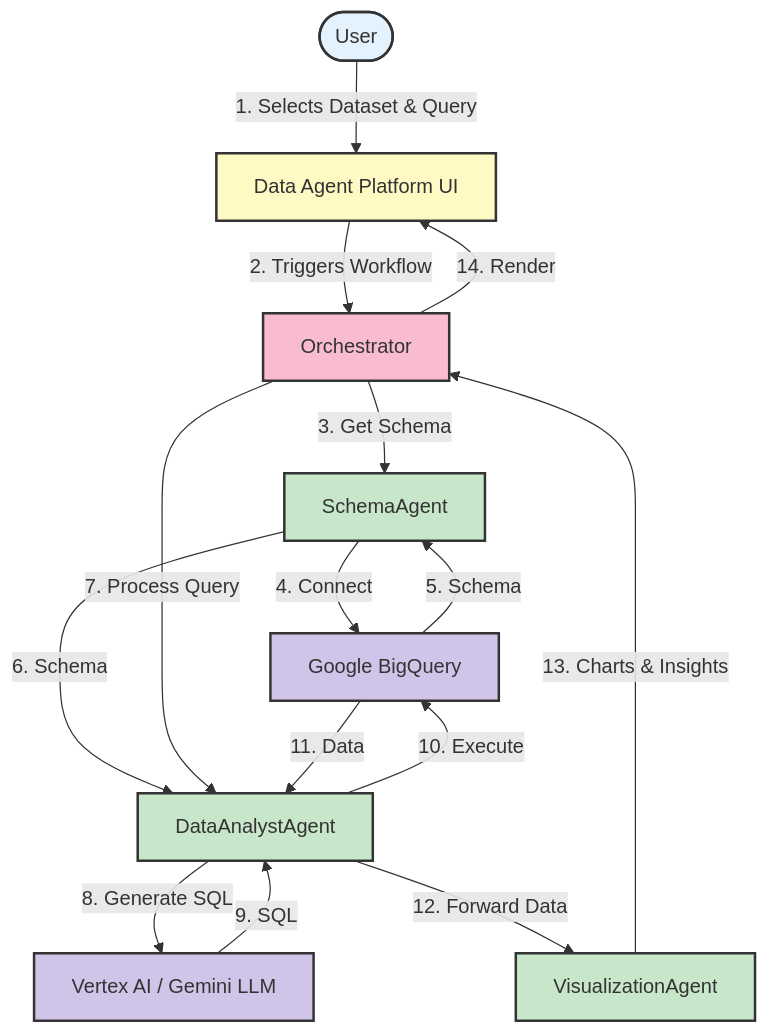
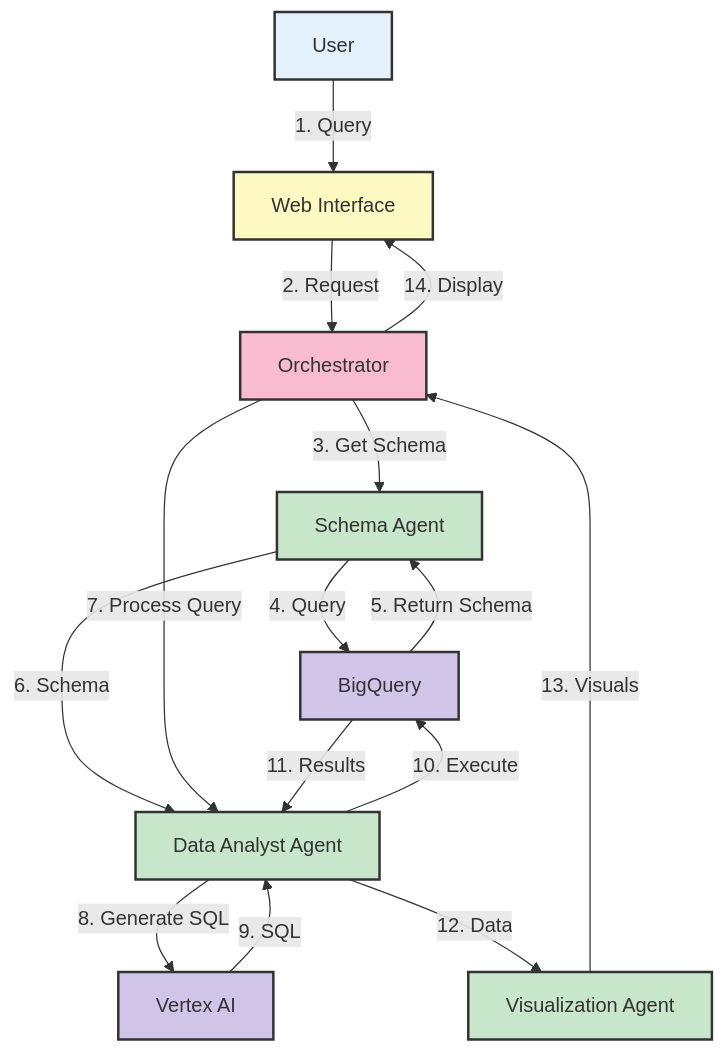
Before and after one commit to diipak/DataAgentPlatform: the diagram in ARCHITECTURE.md, drawn with Mermaid. The commit also changed other lines of this file, not shown here.

Commit message:
fix(docs): Completely redesign architecture diagram for maximum compatibility

````diff
--- a/ARCHITECTURE.md
+++ b/ARCHITECTURE.md
@@ -5,51 +5,37 @@
 ```mermaid
 graph TD
-    %% User Interface
-    User([User])
-    WebApp[Data Agent Platform UI]
+    %% Nodes
+    User[User]:::user
+    UI[Web Interface]:::ui
+    Orchestrator[Orchestrator]:::orchestrator
+    Schema[Schema Agent]:::agent
+    Analyst[Data Analyst Agent]:::agent
+    Visualizer[Visualization Agent]:::agent
+    BQ[BigQuery]:::gcp
+    AI[Vertex AI]:::gcp
     
-    %% Backend Components
-    Orchestrator[Orchestrator]
-    SchemaAgent[SchemaAgent]
-    DataAnalystAgent[DataAnalystAgent]
-    VisualizationAgent[VisualizationAgent]
+    %% Connections
+    User --> |1. Query| UI
+    UI --> |2. Request| Orchestrator
     
-    %% Cloud Services
-    BigQuery[Google BigQuery]
-    VertexAI[Vertex AI / Gemini LLM]
-
-    %% User Flow
-    User -->|1. Selects Dataset & Query| WebApp
-    WebApp -->|2. Triggers Workflow| Orchestrator
+    Orchestrator --> |3. Get Schema| Schema
+    Schema --> |4. Query| BQ
+    BQ --> |5. Return Schema| Schema
+    Schema --> |6. Schema| Analyst
     
-    %% Schema Flow
-    Orchestrator -->|3. Get Schema| SchemaAgent
-    SchemaAgent -->|4. Connect| BigQuery
-    BigQuery -->|5. Schema| SchemaAgent
-    SchemaAgent -->|6. Schema| DataAnalystAgent
-    
-    %% Query Processing
-    Orchestrator -->|7. Process Query| DataAnalystAgent
-    DataAnalystAgent -->|8. Generate SQL| VertexAI
-    VertexAI -->|9. SQL| DataAnalystAgent
-    DataAnalystAgent -->|10. Execute| BigQuery
-    BigQuery -->|11. Data| DataAnalystAgent
-    DataAnalystAgent -->|12. Forward Data| VisualizationAgent
-    
-    %% Visualization
-    VisualizationAgent -->|13. Charts & Insights| Orchestrator
-    Orchestrator -->|14. Render| WebApp
+    Orchestrator --> |7. Process Query| Analyst
+    Analyst --> |8. Generate SQL| AI
+    AI --> |9. SQL| Analyst
+    Analyst --> |10. Execute| BQ
+    BQ --> |11. Results| Analyst
+    Analyst --> |12. Data| Visualizer
+    Visualizer --> |13. Visuals| Orchestrator
+    Orchestrator --> |14. Display| UI
     
     %% Styling
     classDef user fill:#e3f2fd,stroke:#333,stroke-width:2px
-    classDef webapp fill:#fff9c4,stroke:#333,stroke-width:2px
+    classDef ui fill:#fff9c4,stroke:#333,stroke-width:2px
     classDef orchestrator fill:#f8bbd0,stroke:#333,stroke-width:2px
     classDef agent fill:#c8e6c9,stroke:#333,stroke-width:2px
     classDef gcp fill:#d1c4e9,stroke:#333,stroke-width:2px
-    
-    class User user
-    class WebApp webapp
-    class Orchestrator orchestrator
-    class SchemaAgent,DataAnalystAgent,VisualizationAgent agent
-    class BigQuery,VertexAI gcp
 ```
````
